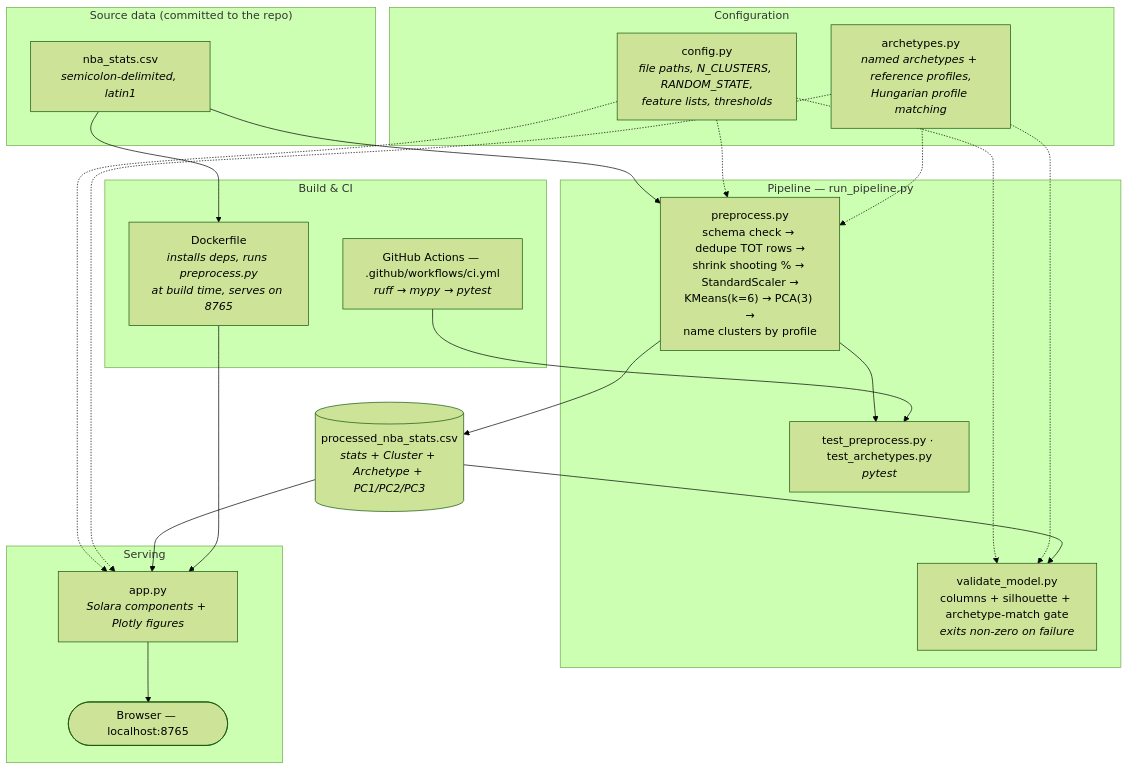
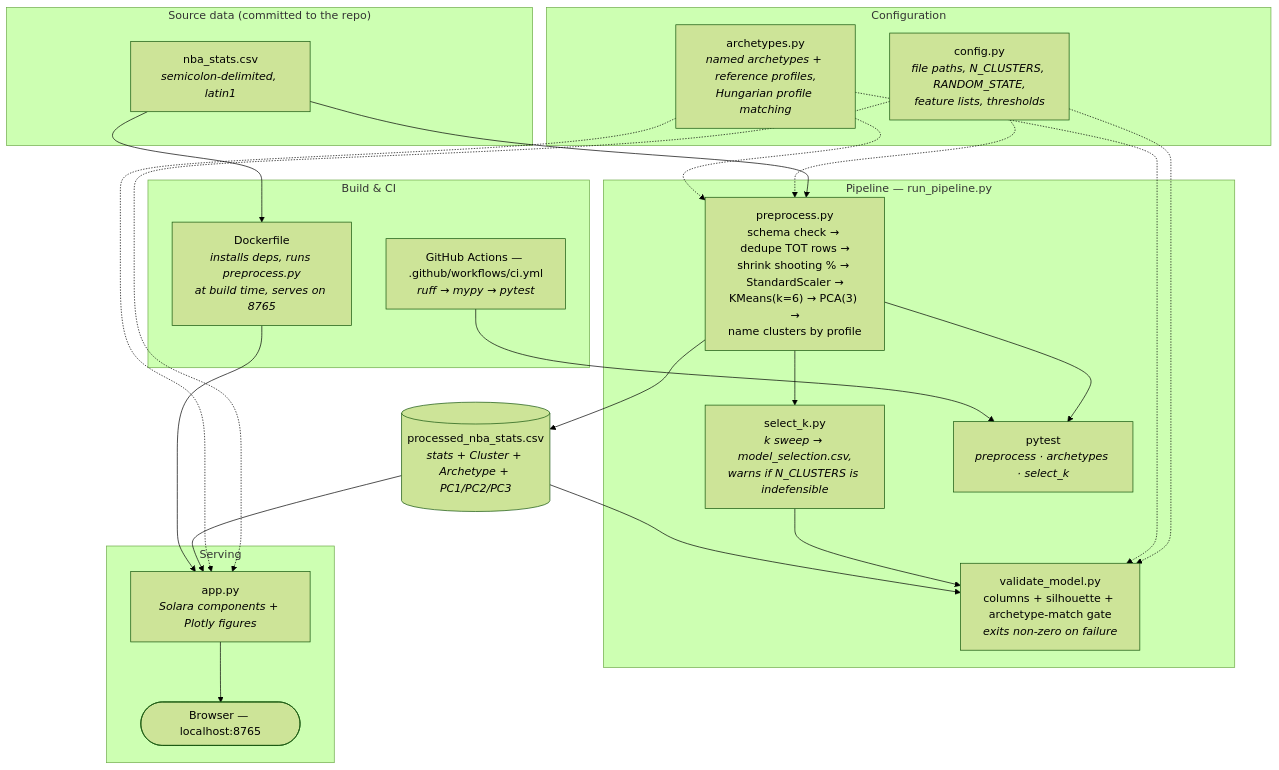
Before and after one commit to thompgt/nba-player-clustering: the diagram in README.md, drawn with Mermaid (forest theme). The commit also changed other lines of this file and 8 other files, not shown here.

````diff
--- a/README.md
+++ b/README.md
@@ -29,45 +29,48 @@
 ```mermaid
 flowchart TD
     subgraph src["Source data (committed to the repo)"]
         RAW["nba_stats.csv<br/><i>semicolon-delimited, latin1</i>"]
     end
 
     subgraph cfg["Configuration"]
         CONFIG["config.py<br/><i>file paths, N_CLUSTERS, RANDOM_STATE,<br/>feature lists, thresholds</i>"]
         ARCH["archetypes.py<br/><i>named archetypes + reference profiles,<br/>Hungarian profile matching</i>"]
     end
 
     subgraph pipe["Pipeline — run_pipeline.py"]
         PRE["preprocess.py<br/>schema check → dedupe TOT rows →<br/>shrink shooting % → StandardScaler →<br/>KMeans(k=6) → PCA(3) →<br/>name clusters by profile"]
+        SEL["select_k.py<br/><i>k sweep → model_selection.csv,<br/>warns if N_CLUSTERS is indefensible</i>"]
         VAL["validate_model.py<br/>columns + silhouette + archetype-match gate<br/><i>exits non-zero on failure</i>"]
-        TEST["test_preprocess.py · test_archetypes.py<br/><i>pytest</i>"]
+        TEST["pytest<br/><i>preprocess · archetypes · select_k</i>"]
     end
 
     PROC[("processed_nba_stats.csv<br/><i>stats + Cluster + Archetype + PC1/PC2/PC3</i>")]
 
     subgraph serve["Serving"]
         APP["app.py<br/><i>Solara components + Plotly figures</i>"]
         BROWSER(["Browser — localhost:8765"])
     end
 
     subgraph ops["Build & CI"]
         DOCKER["Dockerfile<br/><i>installs deps, runs preprocess.py<br/>at build time, serves on 8765</i>"]
         CI["GitHub Actions — .github/workflows/ci.yml<br/><i>ruff → mypy → pytest</i>"]
     end
 
     RAW --> PRE
     CONFIG -.-> PRE
     CONFIG -.-> VAL
     CONFIG -.-> APP
     ARCH -.-> PRE
     ARCH -.-> VAL
     ARCH -.-> APP
     PRE --> PROC
+    PRE --> SEL
+    SEL --> VAL
     PROC --> VAL
     PRE --> TEST
     PROC --> APP
     APP --> BROWSER
     RAW --> DOCKER
     DOCKER --> APP
     CI --> TEST
 ```
````
